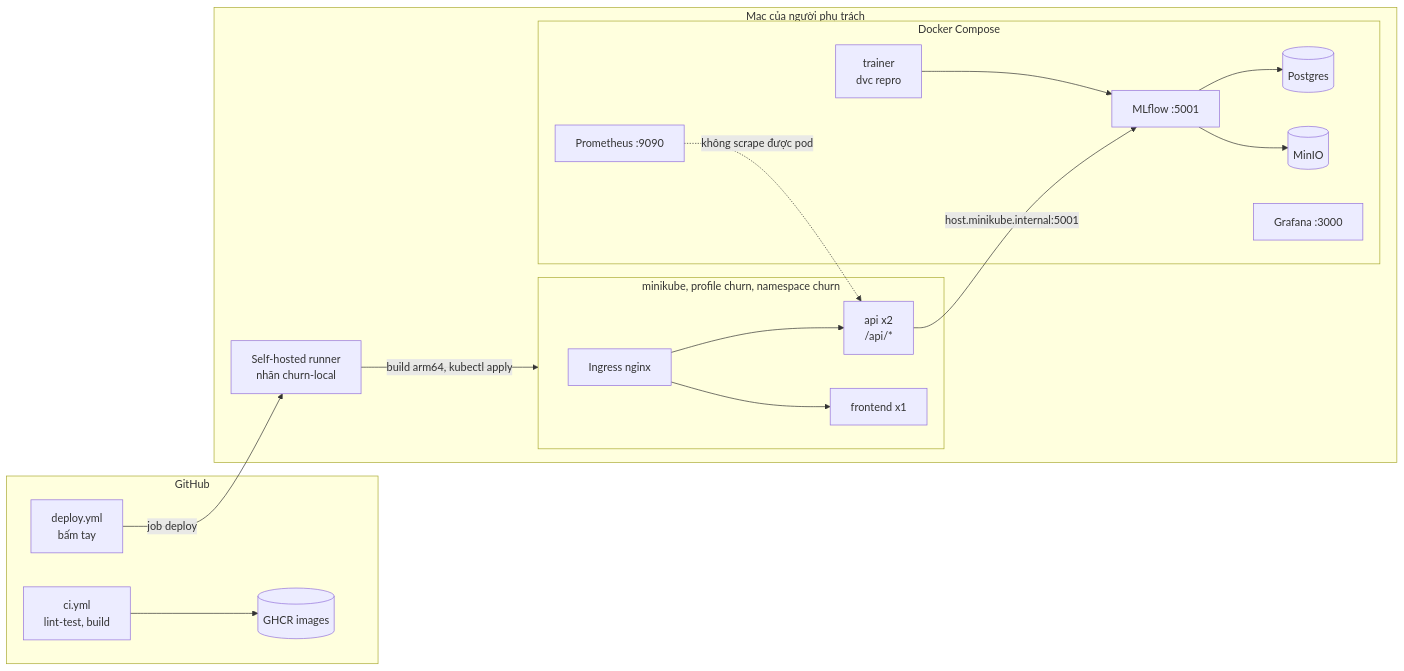
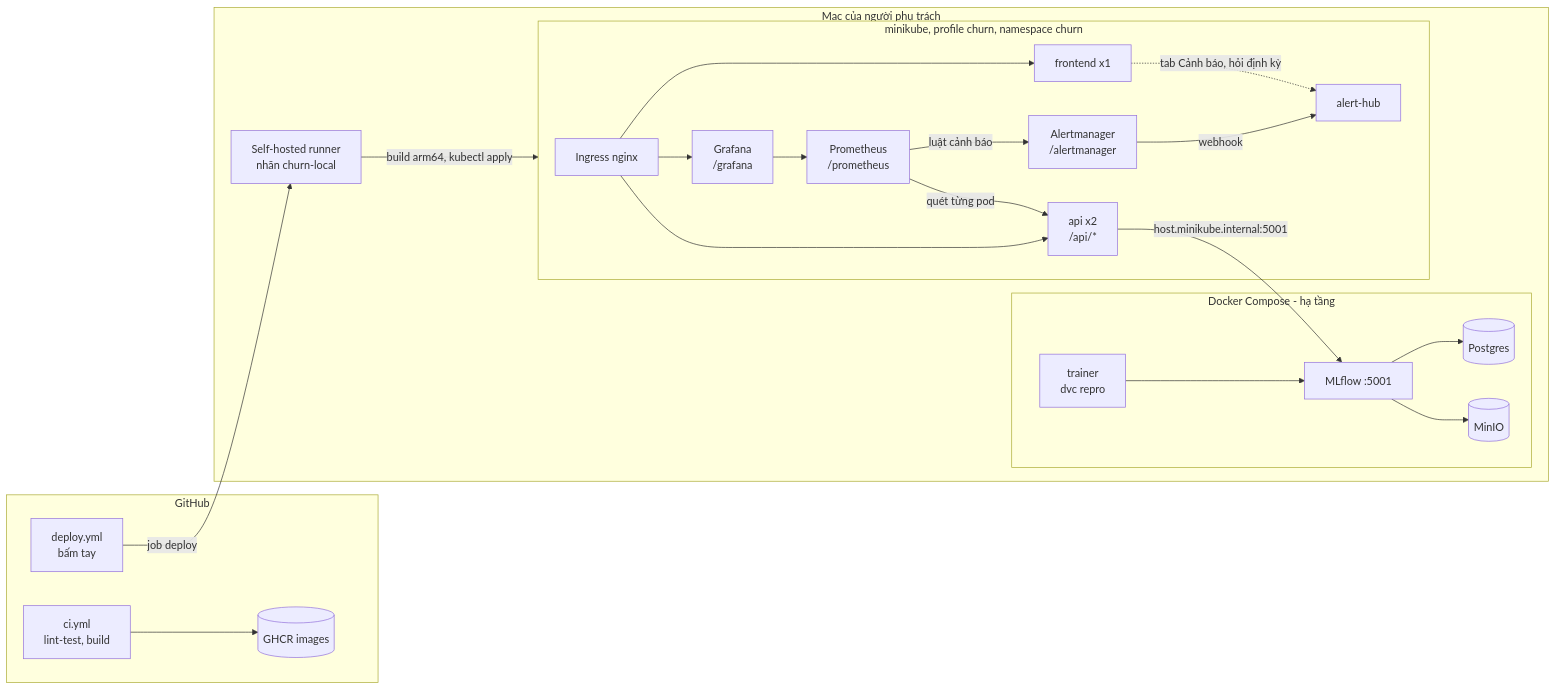
The diagram in docs/deployment-guide.md (locnp13/ddm501-final), drawn with Mermaid before and after one commit. The commit also changed other lines of this file and 34 other files, not shown here.

First line of the commit message:
Monitoring in the cluster: Prometheus, Alertmanager, Grafana and an alert hub

````diff
--- a/docs/deployment-guide.md
+++ b/docs/deployment-guide.md
@@ -9,34 +9,41 @@
 ```mermaid
 flowchart LR
   subgraph GH[GitHub]
     CI[ci.yml<br/>lint-test, build]
     DP[deploy.yml<br/>bấm tay]
     GHCR[(GHCR images)]
   end
   subgraph MAC[Mac của người phụ trách]
     RUN[Self-hosted runner<br/>nhãn churn-local]
-    subgraph DC[Docker Compose]
+    subgraph DC[Docker Compose - hạ tầng]
       PG[(Postgres)]
       MN[(MinIO)]
       ML[MLflow :5001]
-      PR[Prometheus :9090]
-      GF[Grafana :3000]
       TR[trainer<br/>dvc repro]
     end
     subgraph K8S[minikube, profile churn, namespace churn]
       ING[Ingress nginx]
       API[api x2<br/>/api/*]
       FE[frontend x1]
+      PR[Prometheus<br/>/prometheus]
+      AM[Alertmanager<br/>/alertmanager]
+      HUB[alert-hub]
+      GF[Grafana<br/>/grafana]
     end
   end
   CI --> GHCR
   DP -->|job deploy| RUN
   RUN -->|build arm64, kubectl apply| K8S
   ING --> API
   ING --> FE
+  ING --> GF
   API -->|host.minikube.internal:5001| ML
   TR --> ML
   ML --> PG
   ML --> MN
-  PR -.->|không scrape được pod| API
+  PR -->|quét từng pod| API
+  PR -->|luật cảnh báo| AM
+  AM -->|webhook| HUB
+  GF --> PR
+  FE -.->|tab Cảnh báo, hỏi định kỳ| HUB
 ```
````
